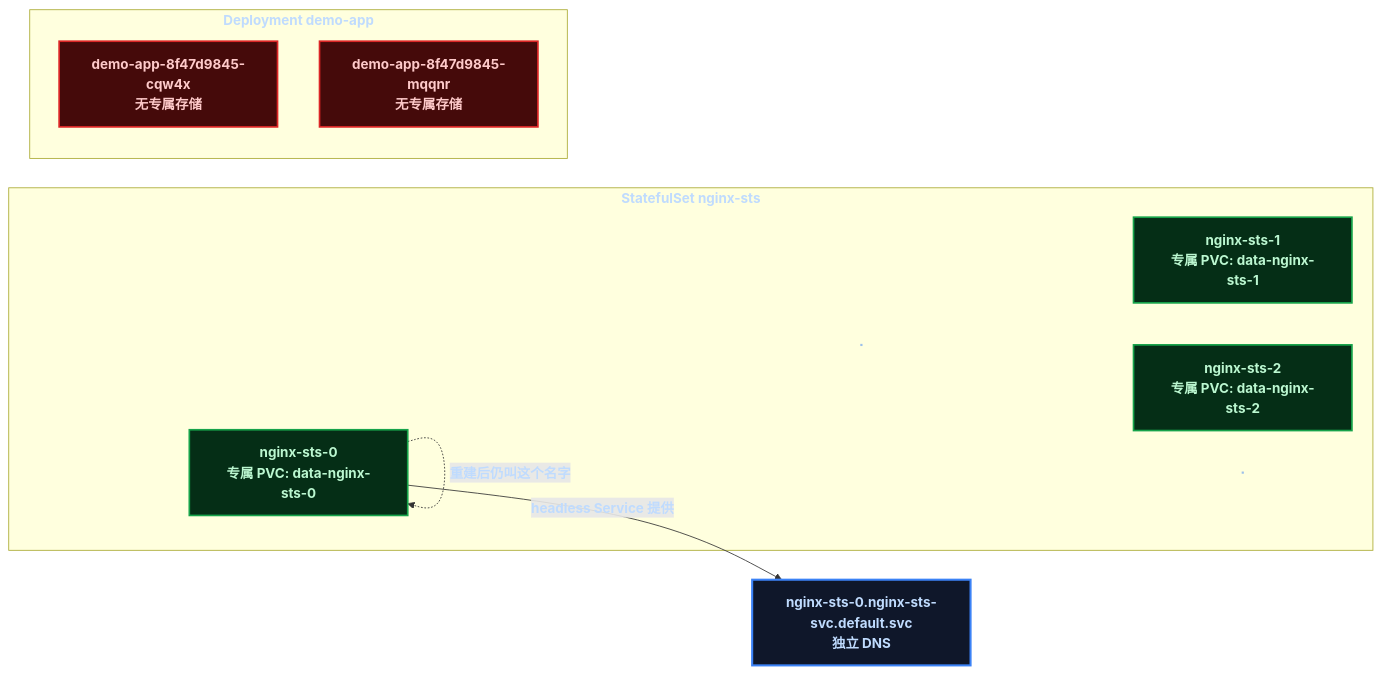
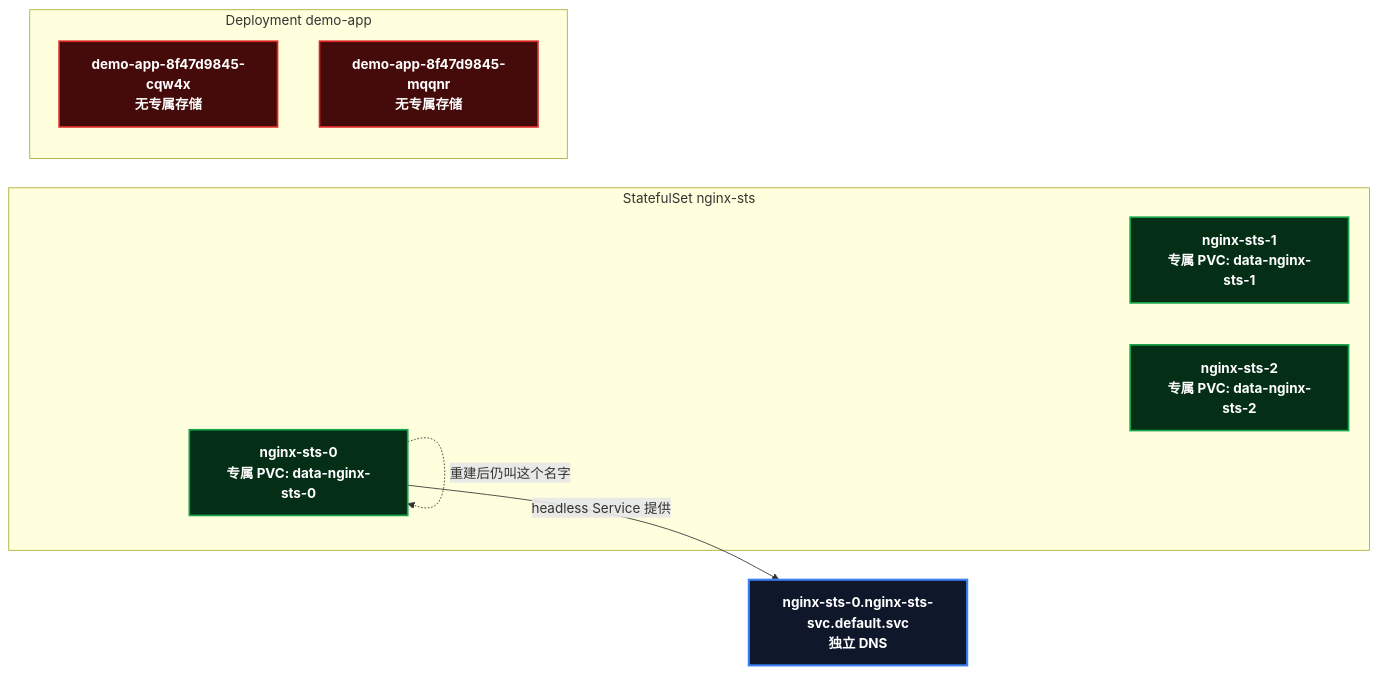
One commit to yaocat55/yaocat55.github.io changed the second of 2 diagrams in content/posts/kubernetes/K8sStatefulSetStoragePractice.md. Above: the diagram before and after it, drawn with Mermaid. The commit also changed other lines of this file and 27 other files, not shown here.

Commit message:
docs: 全系列 93 张 Mermaid 图 classDef 改为 style 强制深底白字(修复部分渲染器白底浅字)+历史文件格式清理

````diff
--- a/content/posts/kubernetes/K8sStatefulSetStoragePractice.md
+++ b/content/posts/kubernetes/K8sStatefulSetStoragePractice.md
@@ -97,25 +94,24 @@
 ```mermaid
 %% StatefulSet vs Deployment: 标识与存储的差异
 flowchart LR
-    classDef root fill:#0f172a,stroke:#3b82f6,stroke-width:2.5px,color:#bfdbfe,font-weight:bold;
-    classDef data fill:#052e16,stroke:#16a34a,stroke-width:2px,color:#bbf7d0,font-weight:bold;
-    classDef reject fill:#450a0a,stroke:#dc2626,stroke-width:2px,color:#fecaca,font-weight:bold;
 
     subgraph STS["StatefulSet nginx-sts"]
         P0["nginx-sts-0\n专属 PVC: data-nginx-sts-0"]
         P1["nginx-sts-1\n专属 PVC: data-nginx-sts-1"]
         P2["nginx-sts-2\n专属 PVC: data-nginx-sts-2"]
     end
     subgraph DEP["Deployment demo-app"]
         Q1["demo-app-8f47d9845-cqw4x\n无专属存储"]
         Q2["demo-app-8f47d9845-mqqnr\n无专属存储"]
     end
     DNS["nginx-sts-0.nginx-sts-svc.default.svc\n独立 DNS"]
 
     P0 -->|"headless Service 提供"| DNS
     P0 -.->|"重建后仍叫这个名字"| P0
-
-    class P0,P1,P2 data;
-    class Q1,Q2 reject;
-    class DNS root;
+    style P0 fill:#052e16,stroke:#16a34a,stroke-width:2px,color:#ffffff,font-weight:bold
+    style P1 fill:#052e16,stroke:#16a34a,stroke-width:2px,color:#ffffff,font-weight:bold
+    style P2 fill:#052e16,stroke:#16a34a,stroke-width:2px,color:#ffffff,font-weight:bold
+    style Q1 fill:#450a0a,stroke:#dc2626,stroke-width:2px,color:#ffffff,font-weight:bold
+    style Q2 fill:#450a0a,stroke:#dc2626,stroke-width:2px,color:#ffffff,font-weight:bold
+    style DNS fill:#0f172a,stroke:#3b82f6,stroke-width:2.5px,color:#ffffff,font-weight:bold
 ```
````
